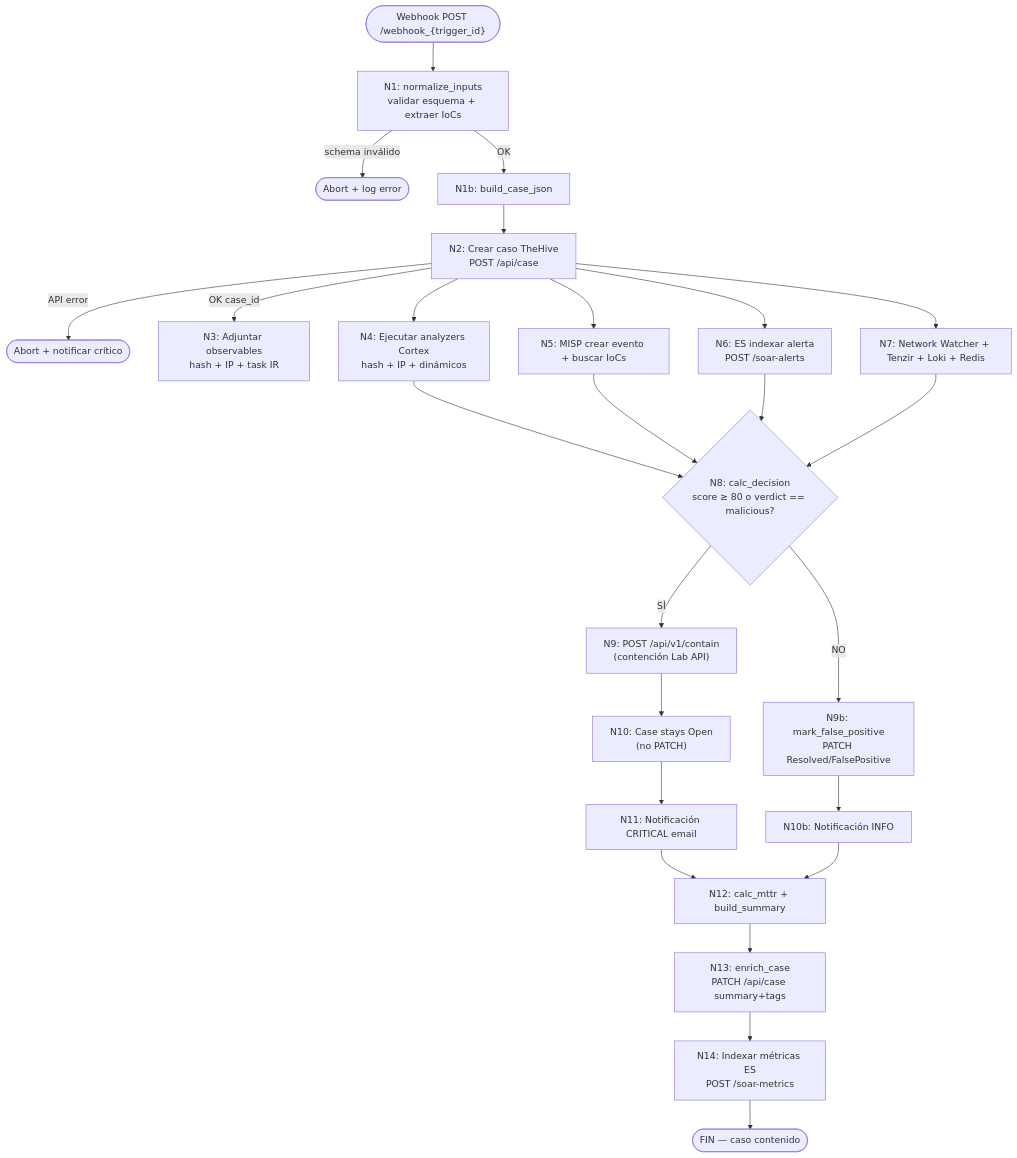
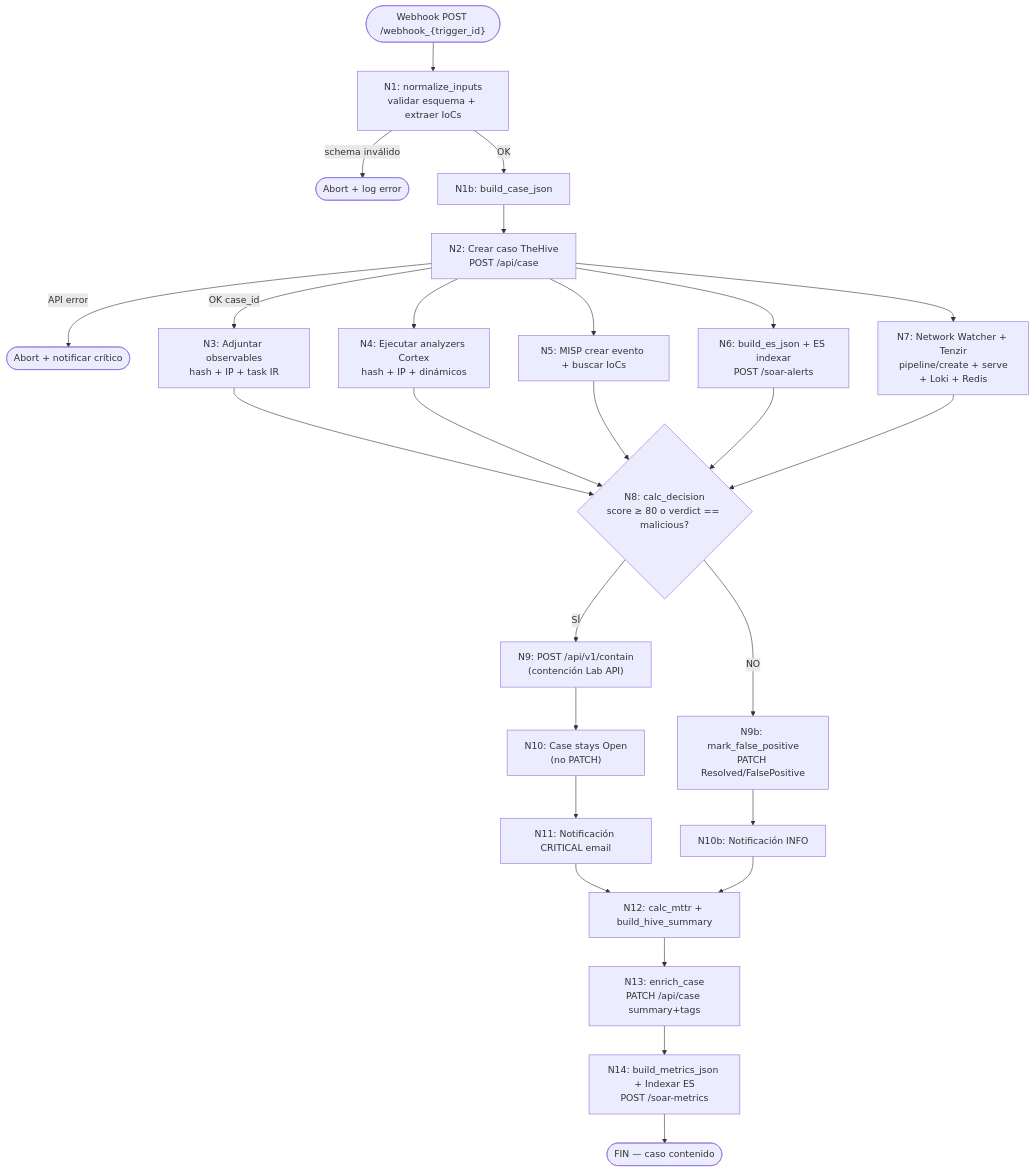
The sixth of 12 diagrams in docs/thesis/appendix_f.md (alesanfe/soar-ransomware-lab), drawn with Mermaid before and after one commit. The commit also changed other lines of this file, not shown here.

````diff
--- a/docs/thesis/appendix_f.md
+++ b/docs/thesis/appendix_f.md
@@ -282,30 +308,31 @@
 ```mermaid
 flowchart TD
  A(["Webhook POST /webhook_{trigger_id}"]) --> B["N1: normalize_inputs<br/>validar esquema + extraer IoCs"]
  B -->|schema inválido| ERR1([Abort + log error])
  B -->|OK| B2[N1b: build_case_json]
  B2 --> D[N2: Crear caso TheHive<br/>POST /api/case]
  D -->|API error| ERR2([Abort + notificar crítico])
  D -->|OK case_id| E[N3: Adjuntar observables<br/>hash + IP + task IR]
  D --> F[N4: Ejecutar analyzers Cortex<br/>hash + IP + dinámicos]
  D --> G[N5: MISP crear evento + buscar IoCs]
- D --> H[N6: ES indexar alerta<br/>POST /soar-alerts]
- D --> I[N7: Network Watcher + Tenzir + Loki + Redis]
+ D --> H[N6: build_es_json + ES indexar<br/>POST /soar-alerts]
+ D --> I[N7: Network Watcher + Tenzir<br/>pipeline/create + serve<br/>+ Loki + Redis]
 
- F --> J{N8: calc_decision<br/>score ≥ 80 o verdict == malicious?}
+ E --> J{N8: calc_decision<br/>score ≥ 80 o verdict == malicious?}
+ F --> J
  G --> J
  H --> J
  I --> J
 
  J -->|SÍ| K["N9: POST /api/v1/contain<br/>(contención Lab API)"]
  K --> L["N10: Case stays Open<br/>(no PATCH)"]
  L --> M[N11: Notificación CRITICAL email]
- M --> N[N12: calc_mttr + build_summary]
+ M --> N[N12: calc_mttr + build_hive_summary]
  N --> O[N13: enrich_case<br/>PATCH /api/case summary+tags]
- O --> P[N14: Indexar métricas ES<br/>POST /soar-metrics]
+ O --> P[N14: build_metrics_json + Indexar ES<br/>POST /soar-metrics]
  P --> Z([FIN — caso contenido])
 
  J -->|NO| K2[N9b: mark_false_positive<br/>PATCH Resolved/FalsePositive]
  K2 --> L2[N10b: Notificación INFO]
  L2 --> N
 ```
````
